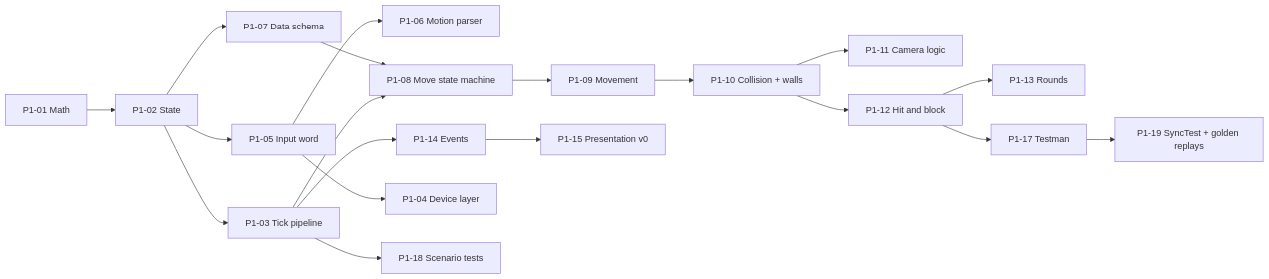
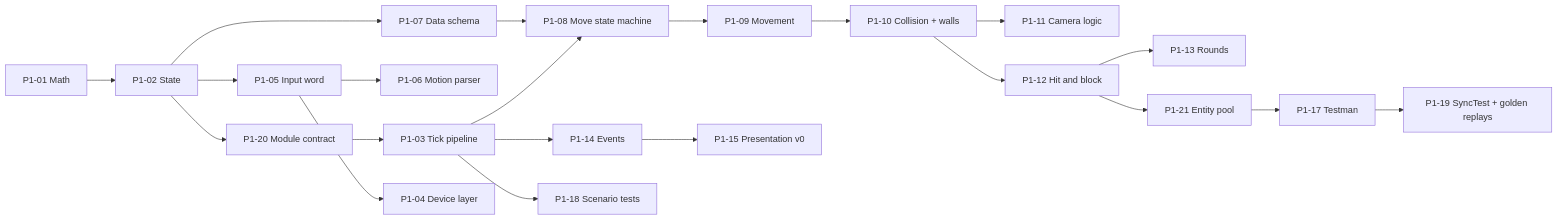
The diagram in docs/phases/phase-1.md (ChainShiftGames/fighting-game), drawn with Mermaid before and after one commit. The commit also changed other lines of this file and 12 other files, not shown here.

First line of the commit message:
Resolve review issues: module contract, entities, SOCD, rules lock

````diff
--- a/docs/phases/phase-1.md
+++ b/docs/phases/phase-1.md
@@ -11,21 +11,23 @@
 ```mermaid
 graph LR
   T01[P1-01 Math] --> T02[P1-02 State]
-  T02 --> T03[P1-03 Tick pipeline]
+  T02 --> T20[P1-20 Module contract]
+  T20 --> T03[P1-03 Tick pipeline]
   T02 --> T05[P1-05 Input word]
   T05 --> T06[P1-06 Motion parser]
   T02 --> T07[P1-07 Data schema]
   T03 --> T08[P1-08 Move state machine]
   T07 --> T08
   T08 --> T09[P1-09 Movement]
   T09 --> T10[P1-10 Collision + walls]
   T10 --> T11[P1-11 Camera logic]
   T10 --> T12[P1-12 Hit and block]
   T12 --> T13[P1-13 Rounds]
   T03 --> T14[P1-14 Events]
   T05 --> T04[P1-04 Device layer]
   T14 --> T15[P1-15 Presentation v0]
-  T12 --> T17[P1-17 Testman]
+  T12 --> T21[P1-21 Entity pool]
+  T21 --> T17[P1-17 Testman]
   T03 --> T18[P1-18 Scenario tests]
   T17 --> T19[P1-19 SyncTest + golden replays]
 ```
````
